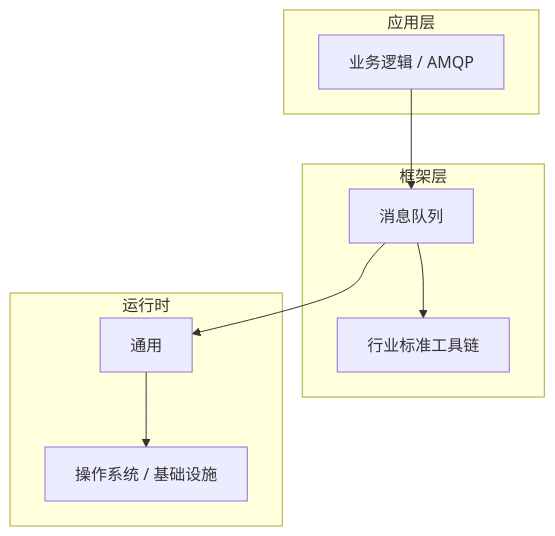
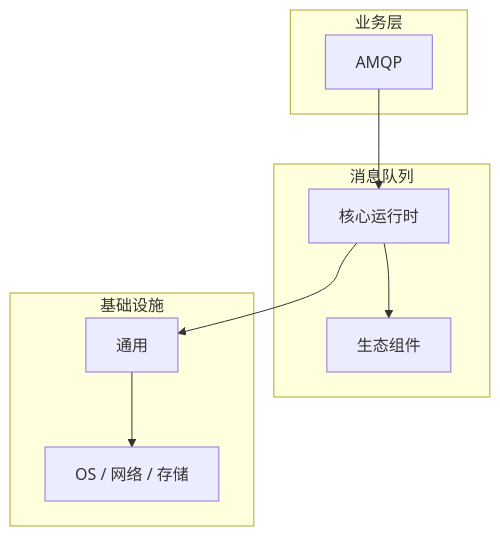
The diagram in articles/消息队列/chapters/015-AMQP核心概念与原理.md (yanggan2015/knowledge-json-v2), drawn with Mermaid before and after one commit. The commit also changed other lines of this file and 10127 other files, not shown here.

````diff
--- a/articles/消息队列/chapters/015-AMQP核心概念与原理.md
+++ b/articles/消息队列/chapters/015-AMQP核心概念与原理.md
@@ -45,18 +34,18 @@
 ```mermaid
 graph TB
-    subgraph 应用层
-        A[业务逻辑 / AMQP]
+    subgraph 业务层
+        A[AMQP]
     end
-    subgraph 框架层
-        B[消息队列]
-        C[行业标准工具链]
+    subgraph 消息队列
+        B[核心运行时]
+        C[生态组件]
     end
-    subgraph 运行时
+    subgraph 基础设施
         D[通用]
-        E[操作系统 / 基础设施]
+        E[OS / 网络 / 存储]
     end
     A --> B
     B --> C
     B --> D
     D --> E
 ```
````
